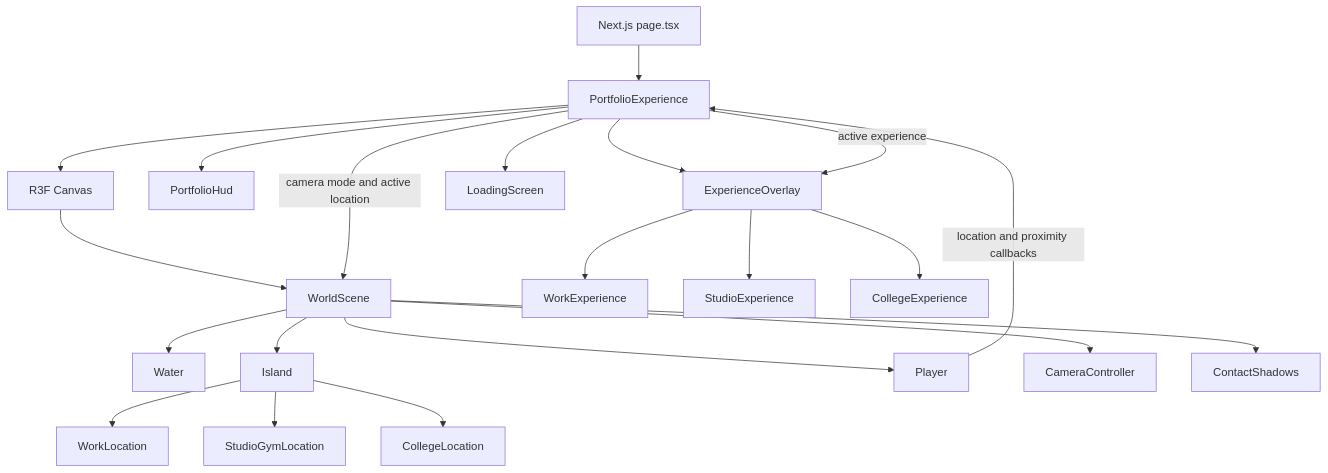
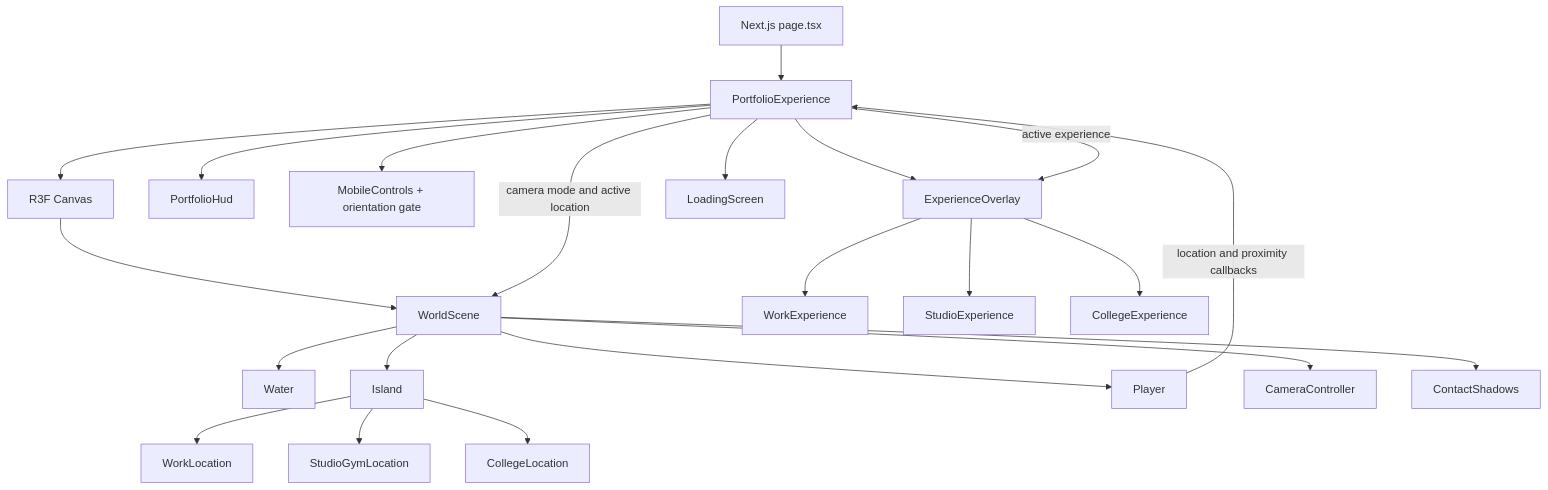
One commit to jayeshrajani/jayesh-portfolio changed the first of 2 diagrams in HOW_TO_CREATE.md. Above: the diagram before and after it, drawn with Mermaid. The commit also changed other lines of this file and 11 other files, not shown here.

Commit message:
Restore Instagram and add mobile controls

````diff
--- a/HOW_TO_CREATE.md
+++ b/HOW_TO_CREATE.md
@@ -25,26 +25,27 @@
 ```mermaid
 flowchart TD
     Page[Next.js page.tsx] --> Root[PortfolioExperience]
     Root --> Canvas[R3F Canvas]
     Root --> HUD[PortfolioHud]
+    Root --> Mobile[MobileControls + orientation gate]
     Root --> Overlay[ExperienceOverlay]
     Root --> Loading[LoadingScreen]
 
     Canvas --> Scene[WorldScene]
     Scene --> Water[Water]
     Scene --> Island[Island]
     Scene --> Player[Player]
     Scene --> Camera[CameraController]
     Scene --> Shadows[ContactShadows]
 
     Island --> Work[WorkLocation]
     Island --> Studio[StudioGymLocation]
     Island --> College[CollegeLocation]
 
     Player -->|location and proximity callbacks| Root
     Root -->|camera mode and active location| Scene
     Root -->|active experience| Overlay
     Overlay --> WorkUI[WorkExperience]
     Overlay --> StudioUI[StudioExperience]
     Overlay --> CollegeUI[CollegeExperience]
 ```
````
